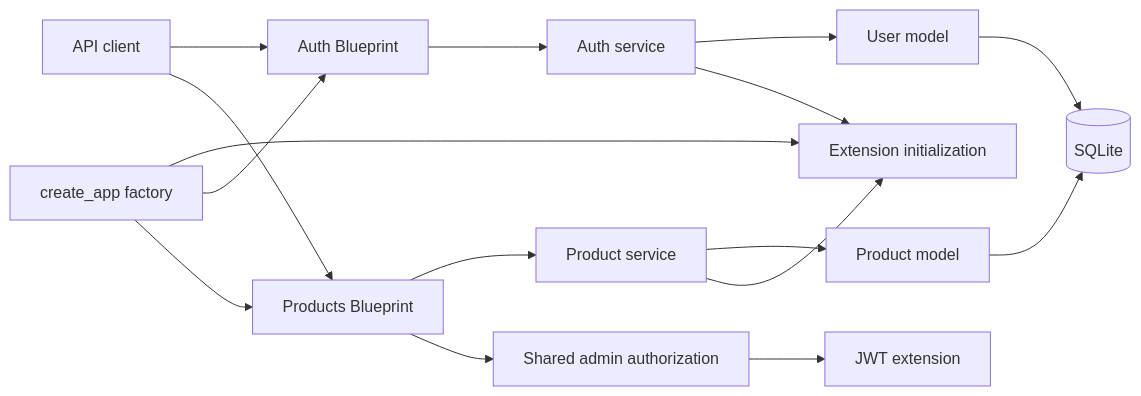
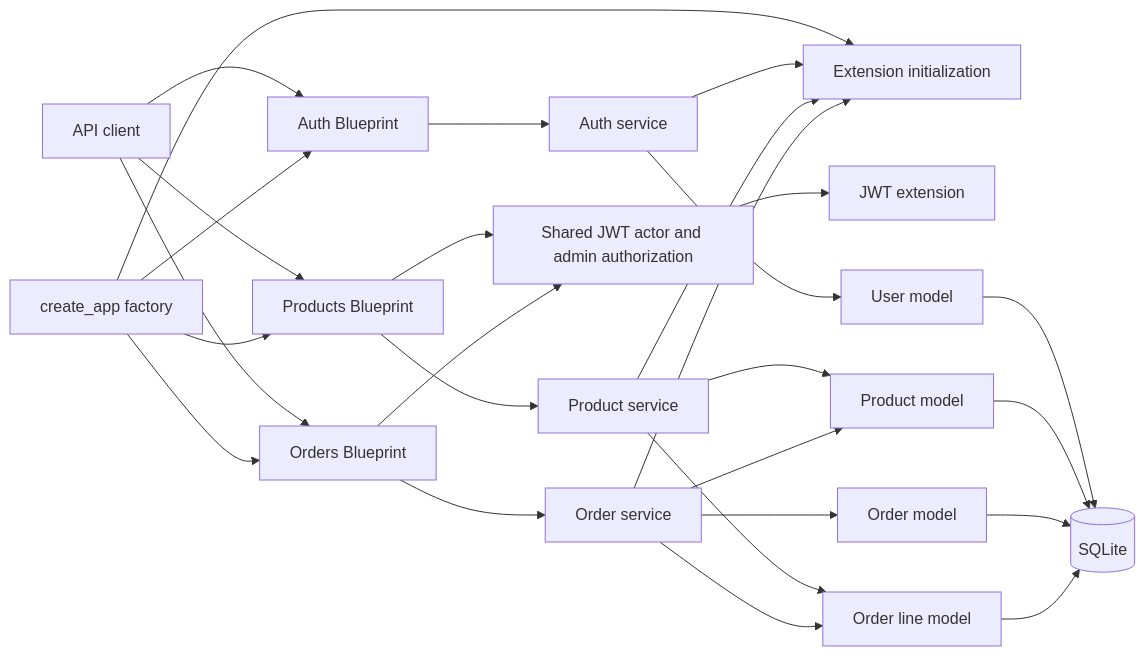
One commit to elkuno213/digimarket changed the diagram in README.md. Above: the diagram before and after it, drawn with Mermaid. The commit also changed other lines of this file, not shown here.

First line of the commit message:
docs: record order-management decisions

````diff
--- a/README.md
+++ b/README.md
@@ -177,18 +250,29 @@
 ```mermaid
 flowchart LR
     C[API client] --> AR[Auth Blueprint]
     C --> PR[Products Blueprint]
+    C --> OR[Orders Blueprint]
     F[create_app factory] --> E[Extension initialization]
     F --> AR
     F --> PR
+    F --> OR
     AR --> AS[Auth service]
     PR --> PS[Product service]
-    PR --> AZ[Shared admin authorization]
+    PR --> AZ[Shared JWT actor and admin authorization]
+    OR --> OS[Order service]
+    OR --> AZ
     AZ --> JWT[JWT extension]
     AS --> UM[User model]
     PS --> PM[Product model]
+    PS --> OI[Order line model]
+    OS --> OM[Order model]
+    OS --> OI
+    OS --> PM
     AS --> E
     PS --> E
+    OS --> E
     UM --> DB[(SQLite)]
     PM --> DB
+    OM --> DB
+    OI --> DB
 ```
````
